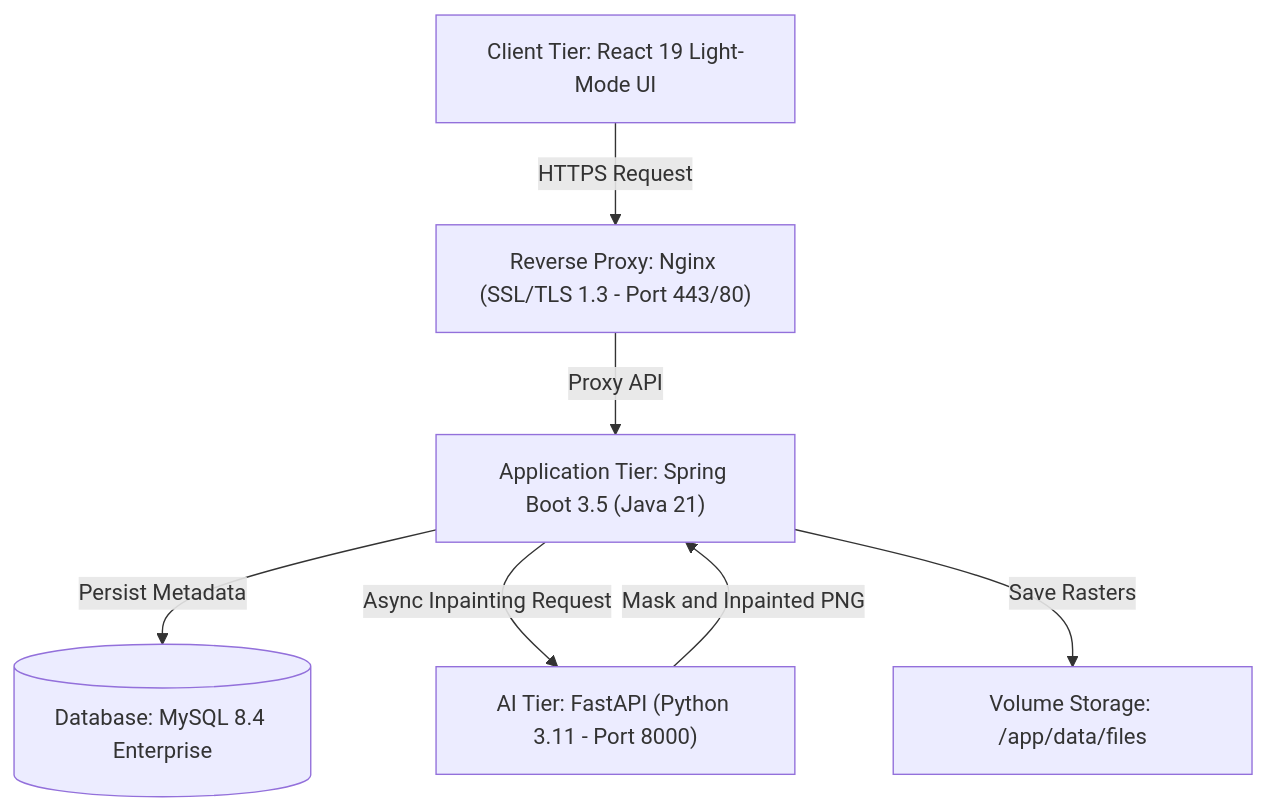
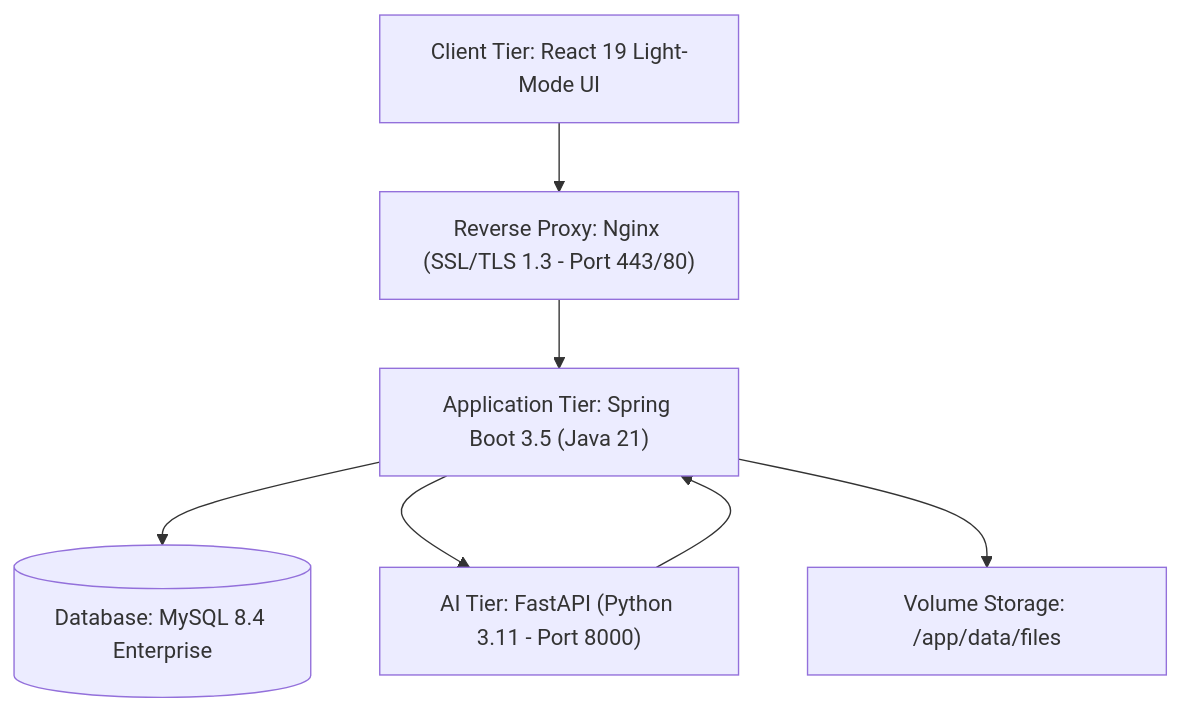
The first of 5 diagrams in README.md (babysuman/cloudreconai), drawn with Mermaid before and after one commit. The commit also changed other lines of this file, not shown here.

Commit message:
fix(docs): remove emails/github columns and eliminate parentheses from mermaid edge labels

````diff
--- a/README.md
+++ b/README.md
@@ -70,16 +70,16 @@
 ```mermaid
 graph TD
     Client["Client Tier: React 19 Light-Mode UI"]
     Gateway["Reverse Proxy: Nginx (SSL/TLS 1.3 - Port 443/80)"]
     AppTier["Application Tier: Spring Boot 3.5 (Java 21)"]
     Storage["Volume Storage: /app/data/files"]
     AIEngine["AI Tier: FastAPI (Python 3.11 - Port 8000)"]
     DataTier[("Database: MySQL 8.4 Enterprise")]
 
-    Client -->|HTTPS Request| Gateway
-    Gateway -->|Proxy API| AppTier
-    AppTier -->|Persist Metadata| DataTier
-    AppTier -->|Async Inpainting Request| AIEngine
-    AIEngine -->|Mask and Inpainted PNG| AppTier
-    AppTier -->|Save Rasters| Storage
+    Client --> Gateway
+    Gateway --> AppTier
+    AppTier --> DataTier
+    AppTier --> AIEngine
+    AIEngine --> AppTier
+    AppTier --> Storage
 ```
````
